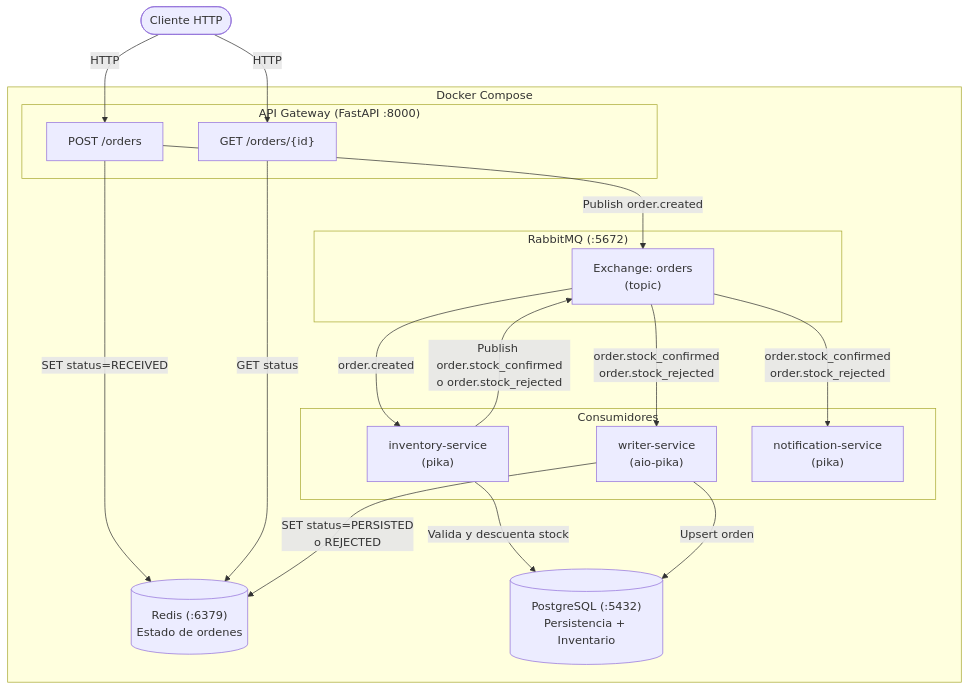
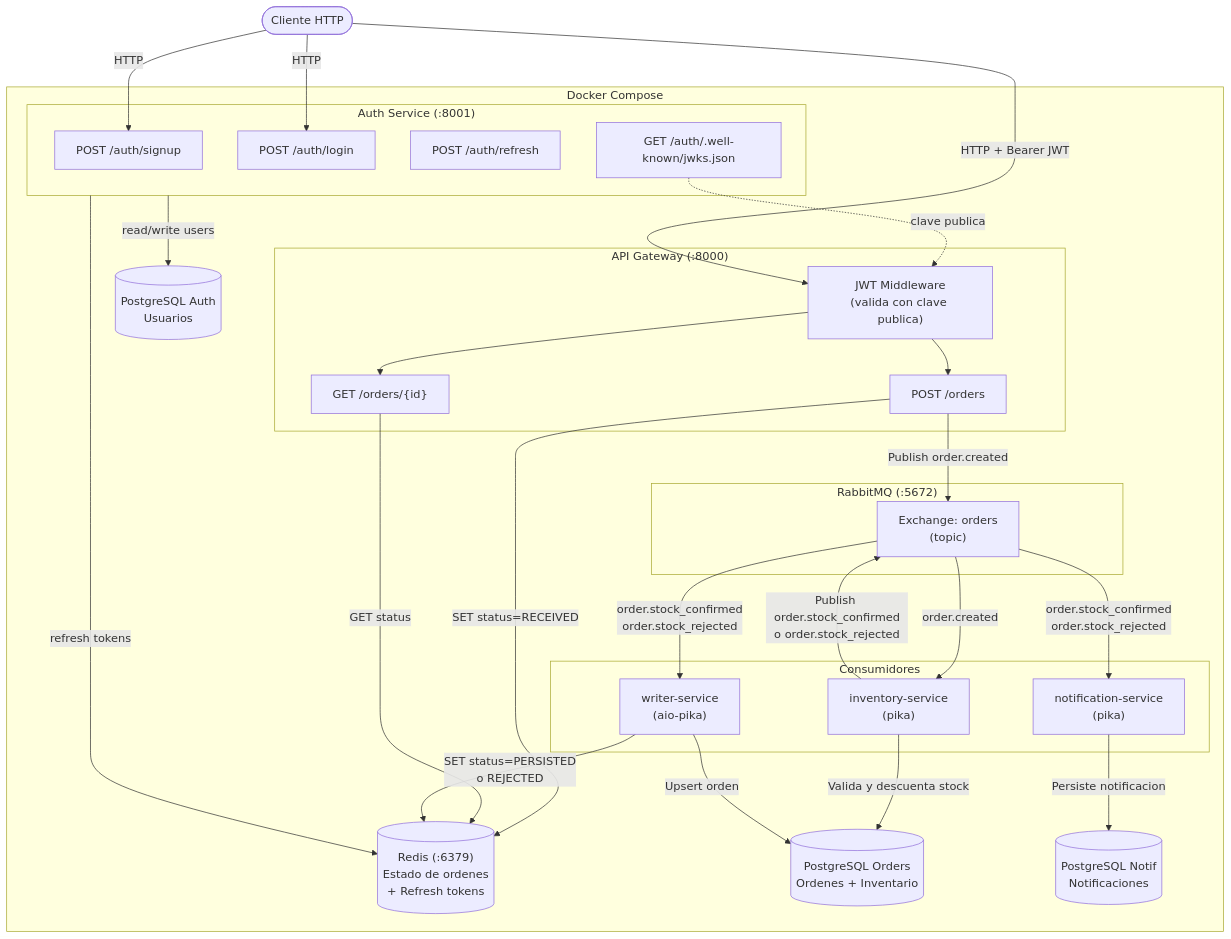
One commit to Mozta/rabbitmq-orders-distributed changed the first of 3 diagrams in README.md. Above: the diagram before and after it, drawn with Mermaid. The commit also changed other lines of this file, not shown here.

Commit message:
docs: update README with auth-service

````diff
--- a/README.md
+++ b/README.md
@@ -7,40 +7,58 @@
 ```mermaid
 graph TB
     Client([Cliente HTTP])
 
     subgraph Docker Compose
-        subgraph API["API Gateway (FastAPI :8000)"]
+        subgraph Auth["Auth Service (:8001)"]
+            Signup["POST /auth/signup"]
+            Login["POST /auth/login"]
+            Refresh["POST /auth/refresh"]
+            JWKS["GET /auth/.well-known/jwks.json"]
+        end
+
+        subgraph API["API Gateway (:8000)"]
+            JWTCheck["JWT Middleware\n(valida con clave publica)"]
             POST["POST /orders"]
             GET["GET /orders/{id}"]
         end
 
         subgraph Broker["RabbitMQ (:5672)"]
             Exchange["Exchange: orders\n(topic)"]
         end
 
         subgraph Consumers["Consumidores"]
             Inventory["inventory-service\n(pika)"]
             Writer["writer-service\n(aio-pika)"]
             Notification["notification-service\n(pika)"]
         end
 
-        Redis[("Redis (:6379)\nEstado de ordenes")]
-        Postgres[("PostgreSQL (:5432)\nPersistencia + Inventario")]
+        Redis[("Redis (:6379)\nEstado de ordenes\n+ Refresh tokens")]
+        PGAuth[("PostgreSQL Auth\nUsuarios")]
+        PGOrders[("PostgreSQL Orders\nOrdenes + Inventario")]
+        PGNotif[("PostgreSQL Notif\nNotificaciones")]
     end
 
-    Client -->|HTTP| POST
-    Client -->|HTTP| GET
+    Client -->|HTTP| Signup
+    Client -->|HTTP| Login
+    Auth -->|read/write users| PGAuth
+    Auth -->|refresh tokens| Redis
+    JWKS -.->|clave publica| JWTCheck
+
+    Client -->|"HTTP + Bearer JWT"| JWTCheck
+    JWTCheck --> POST
+    JWTCheck --> GET
     POST -->|SET status=RECEIVED| Redis
     POST -->|"Publish order.created"| Exchange
     GET -->|GET status| Redis
 
     Exchange -->|"order.created"| Inventory
-    Inventory -->|Valida y descuenta stock| Postgres
+    Inventory -->|Valida y descuenta stock| PGOrders
     Inventory -->|"Publish order.stock_confirmed\no order.stock_rejected"| Exchange
 
     Exchange -->|"order.stock_confirmed\norder.stock_rejected"| Writer
     Exchange -->|"order.stock_confirmed\norder.stock_rejected"| Notification
 
-    Writer -->|Upsert orden| Postgres
+    Writer -->|Upsert orden| PGOrders
     Writer -->|"SET status=PERSISTED\no REJECTED"| Redis
+    Notification -->|Persiste notificacion| PGNotif
 ```
````
